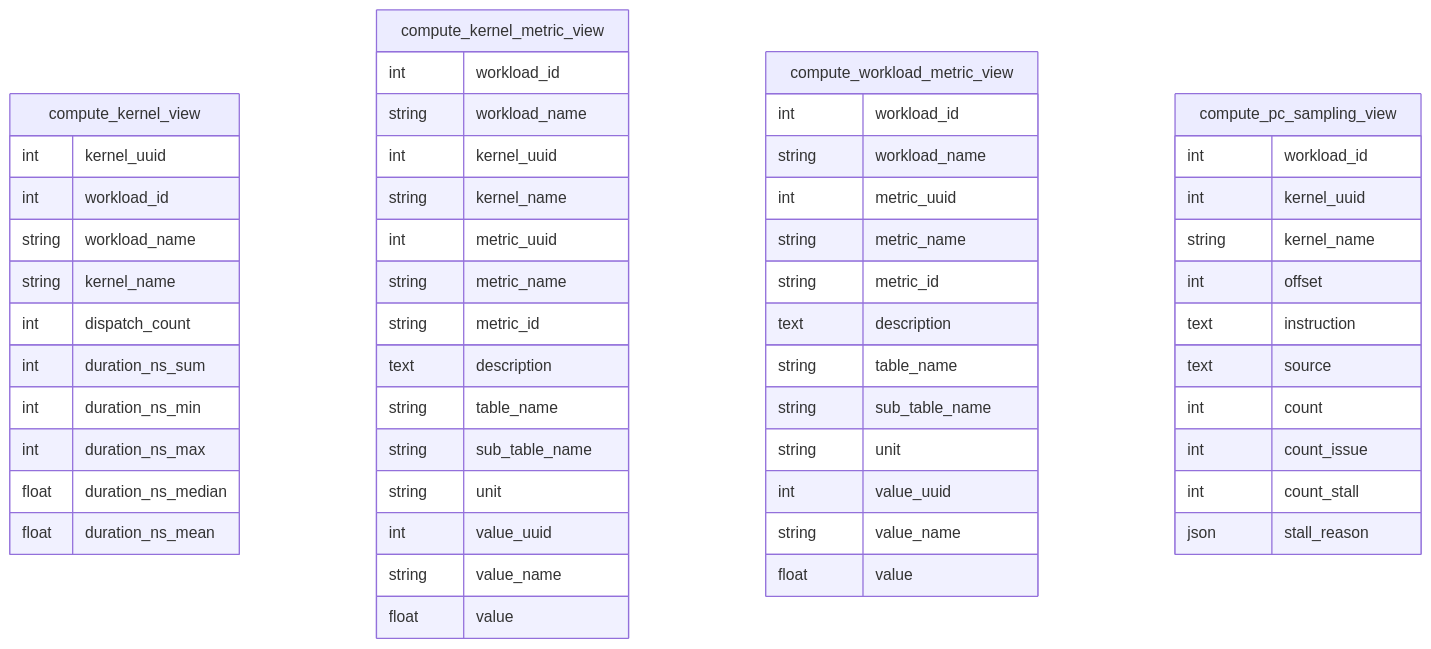
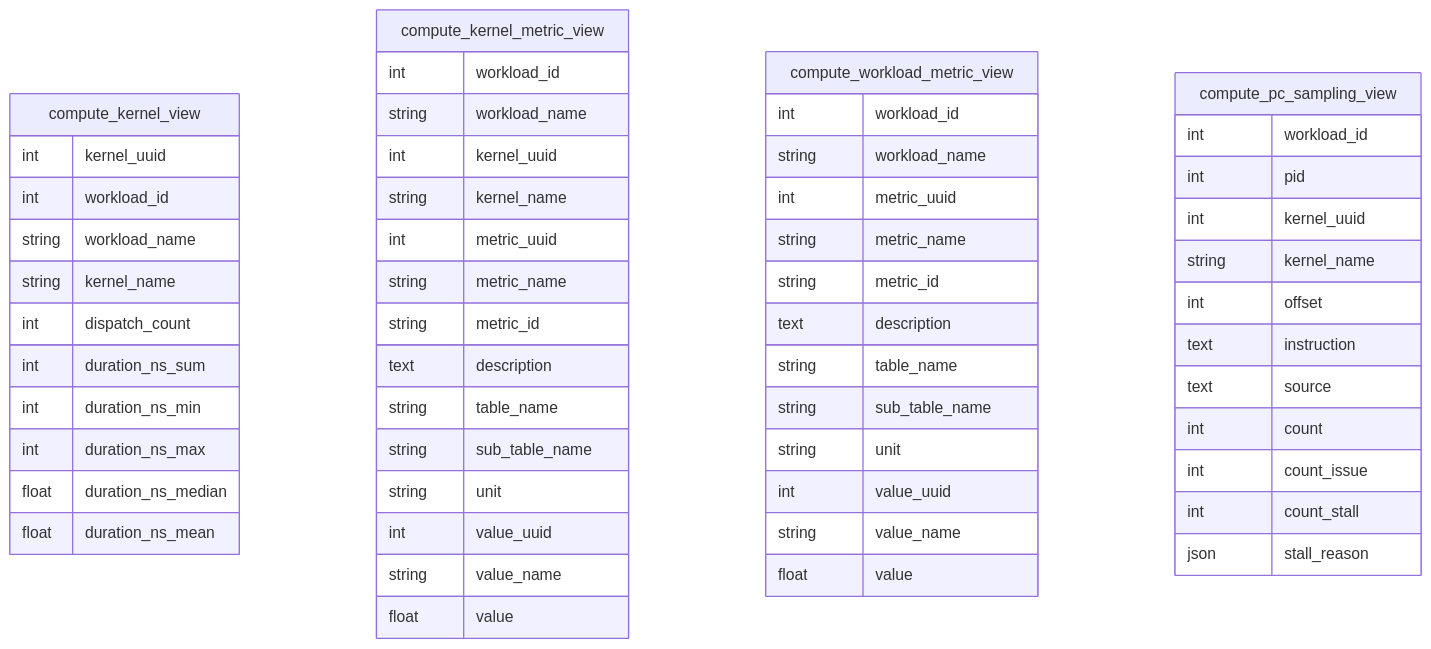
One commit to ROCm/rocm-systems changed the diagram in projects/rocprofiler-compute/docs/data/analyze/analysis_data_dump_views.mmd. Above: the diagram before and after it, drawn with Mermaid. The commit also changed 3 other files, not shown here.

```diff
--- a/projects/rocprofiler-compute/docs/data/analyze/analysis_data_dump_views.mmd
+++ b/projects/rocprofiler-compute/docs/data/analyze/analysis_data_dump_views.mmd
@@ -1,62 +1,63 @@
 %% Source for analysis_data_dump_views.png. Re-export the PNG via draw.io.
 %% Views mirror the definitions in Database._compile_view_sql in
 %% src/utils/analysis_orm.py.
 
 erDiagram
     compute_kernel_view {
         int kernel_uuid
         int workload_id
         string workload_name
         string kernel_name
         int dispatch_count
         int duration_ns_sum
         int duration_ns_min
         int duration_ns_max
         float duration_ns_median
         float duration_ns_mean
     }
 
     compute_kernel_metric_view {
         int workload_id
         string workload_name
         int kernel_uuid
         string kernel_name
         int metric_uuid
         string metric_name
         string metric_id
         text description
         string table_name
         string sub_table_name
         string unit
         int value_uuid
         string value_name
         float value
     }
 
     compute_workload_metric_view {
         int workload_id
         string workload_name
         int metric_uuid
         string metric_name
         string metric_id
         text description
         string table_name
         string sub_table_name
         string unit
         int value_uuid
         string value_name
         float value
     }
 
     compute_pc_sampling_view {
         int workload_id
+        int pid
         int kernel_uuid
         string kernel_name
         int offset
         text instruction
         text source
         int count
         int count_issue
         int count_stall
         json stall_reason
     }
```
